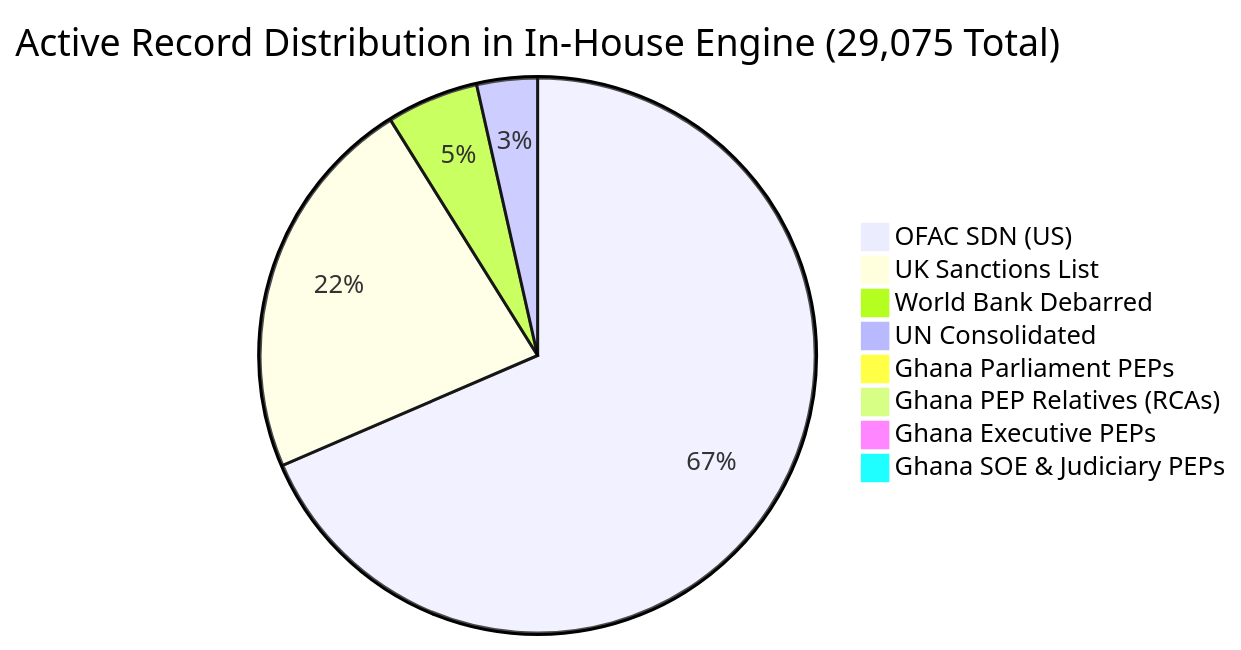
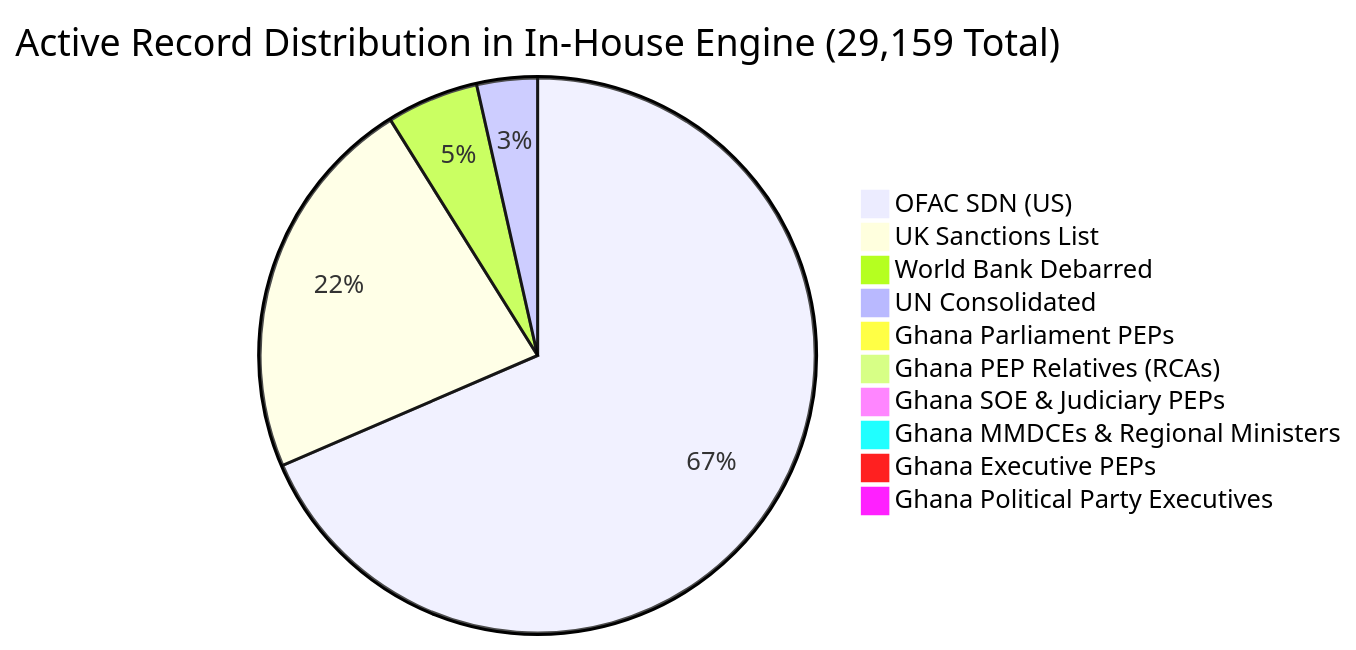
One commit to Kwasi-itc/New-fraud-system changed the first of 4 diagrams in SCREENING_MODULE_PRESENTATION.md. Above: the diagram before and after it, drawn with Mermaid. The commit also changed other lines of this file and 7 other files, not shown here.

Commit message:
feat(screening): add subnational MMDCEs and political party executive PEP datasets

````diff
--- a/SCREENING_MODULE_PRESENTATION.md
+++ b/SCREENING_MODULE_PRESENTATION.md
@@ -51,11 +53,13 @@
 ```mermaid
-pie title Active Record Distribution in In-House Engine (29,075 Total)
+pie title Active Record Distribution in In-House Engine (29,159 Total)
     "OFAC SDN (US)" : 19565
     "UK Sanctions List" : 6449
     "World Bank Debarred" : 1530
     "UN Consolidated" : 1007
     "Ghana Parliament PEPs" : 278
     "Ghana PEP Relatives (RCAs)" : 190
+    "Ghana SOE & Judiciary PEPs" : 50
+    "Ghana MMDCEs & Regional Ministers" : 35
     "Ghana Executive PEPs" : 30
-    "Ghana SOE & Judiciary PEPs" : 26
+    "Ghana Political Party Executives" : 25
 ```
````
